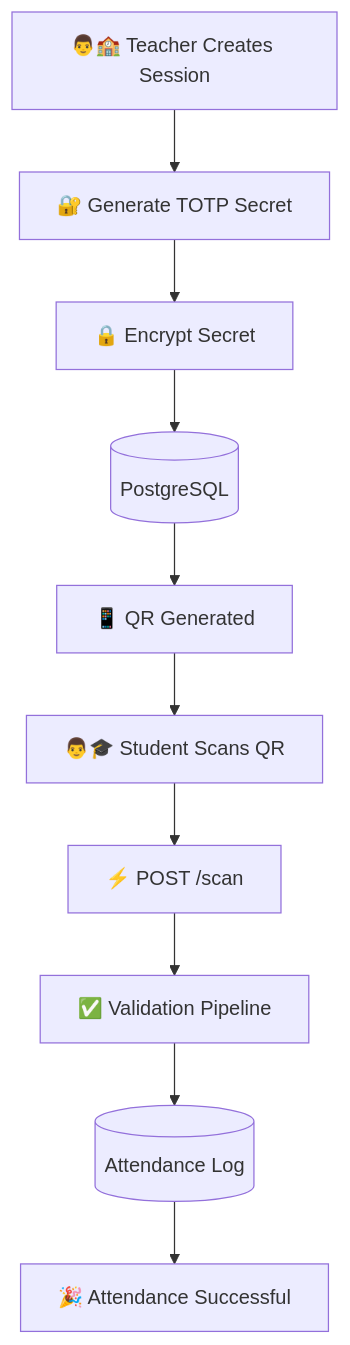
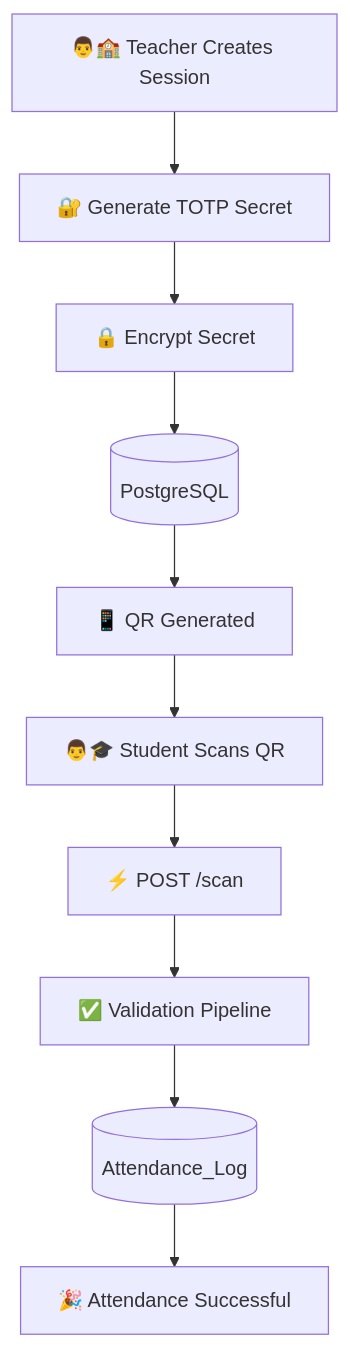
The sixth of 16 diagrams in README.md (Saralfury/knmiet-connect), drawn with Mermaid before and after one commit. The commit also changed other lines of this file, not shown here.

Commit message:
docs: Replace spaces with underscores in Mermaid node IDs to fix rendering

````diff
--- a/README.md
+++ b/README.md
@@ -695,5 +695,5 @@
 ```mermaid
 flowchart TD
 
-A[👨🏫 Teacher Creates Session] -->B[🔐 Generate TOTP Secret] -->C[🔒 Encrypt Secret] -->D[(PostgreSQL)] -->E[📱 QR Generated] -->F[👨🎓 Student Scans QR] -->G[⚡ POST /scan] -->H[✅ Validation Pipeline] -->I[(Attendance Log)] -->J[🎉 Attendance Successful]
+A[👨🏫 Teacher Creates Session] -->B[🔐 Generate TOTP Secret] -->C[🔒 Encrypt Secret] -->D[(PostgreSQL)] -->E[📱 QR Generated] -->F[👨🎓 Student Scans QR] -->G[⚡ POST /scan] -->H[✅ Validation Pipeline] -->I[(Attendance_Log)] -->J[🎉 Attendance Successful]
 ```
````
